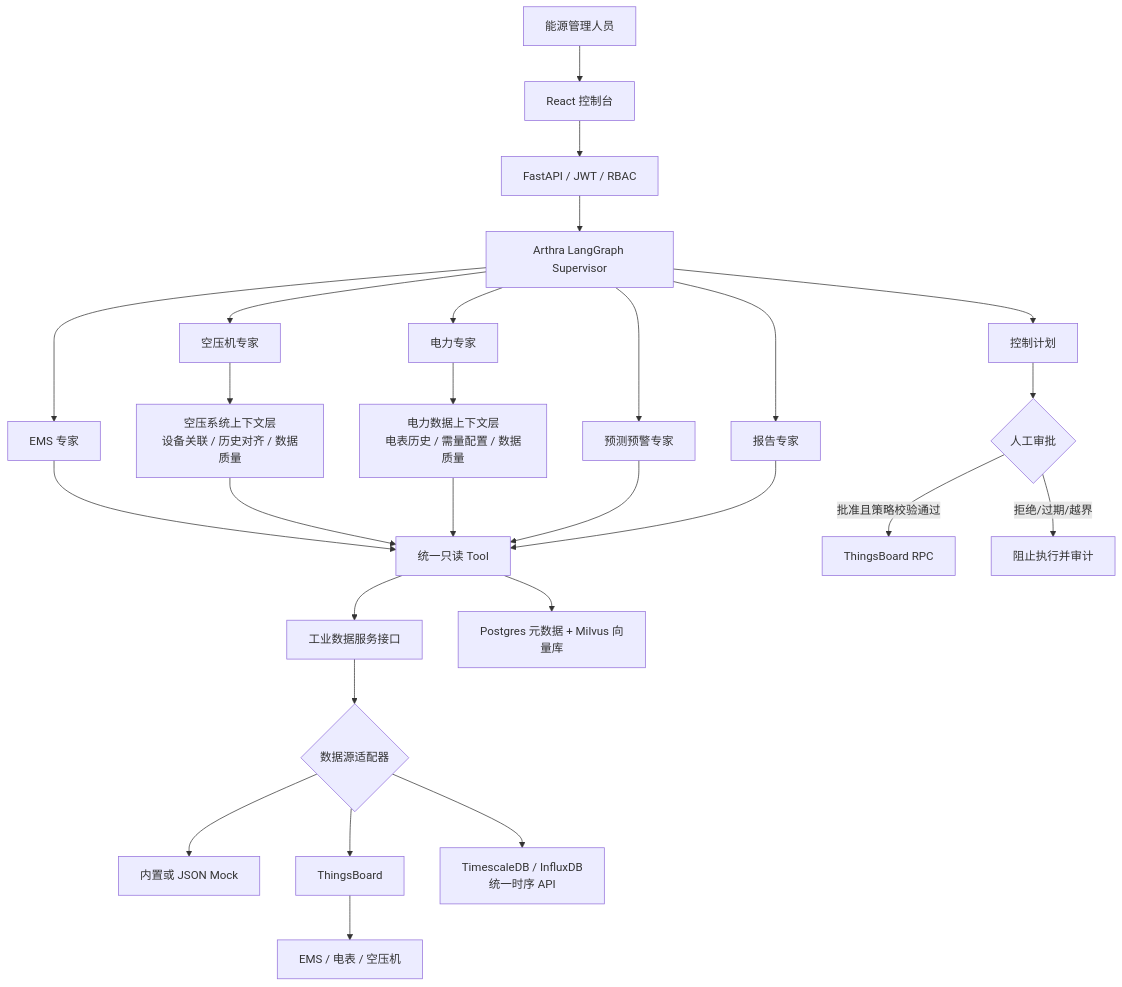
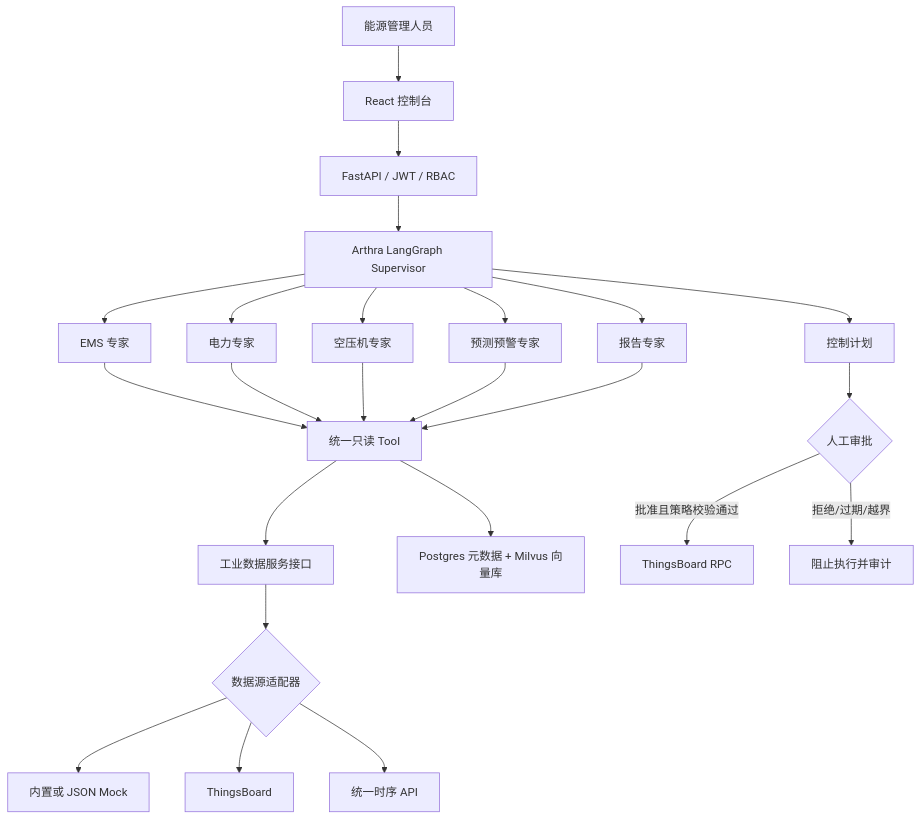
One commit to shanbingshen/agent changed the diagram in README.md. Above: the diagram before and after it, drawn with Mermaid. The commit also changed other lines of this file and 21 other files, not shown here.

````diff
--- a/README.md
+++ b/README.md
@@ -25,25 +7,22 @@
 ```mermaid
 flowchart TB
     User["能源管理人员"] --> Web["React 控制台"]
     Web --> API["FastAPI / JWT / RBAC"]
     API --> Brain["Arthra LangGraph Supervisor"]
     Brain --> EMS["EMS 专家"]
     Brain --> Power["电力专家"]
     Brain --> Air["空压机专家"]
     Brain --> Forecast["预测预警专家"]
     Brain --> Report["报告专家"]
-    Air --> AirContext["空压系统上下文层<br/>设备关联 / 历史对齐 / 数据质量"]
-    Power --> PowerContext["电力数据上下文层<br/>电表历史 / 需量配置 / 数据质量"]
-    EMS & AirContext & PowerContext & Forecast & Report --> Tools["统一只读 Tool"]
+    EMS & Power & Air & Forecast & Report --> Tools["统一只读 Tool"]
     Tools --> IDS["工业数据服务接口"]
     IDS --> Select{"数据源适配器"}
     Select --> Mock["内置或 JSON Mock"]
     Select --> TB["ThingsBoard"]
-    Select --> TS["TimescaleDB / InfluxDB<br/>统一时序 API"]
+    Select --> TS["统一时序 API"]
     Tools --> RAG["Postgres 元数据 + Milvus 向量库"]
-    TB --> Device["EMS / 电表 / 空压机"]
     Brain --> Plan["控制计划"]
     Plan --> Approval{"人工审批"}
     Approval -->|批准且策略校验通过| RPC["ThingsBoard RPC"]
     Approval -->|拒绝/过期/越界| Block["阻止执行并审计"]
 ```
````
